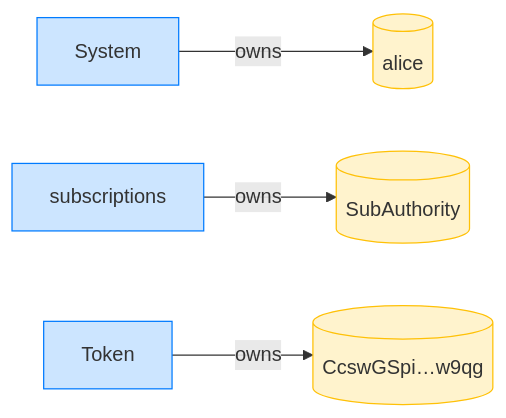
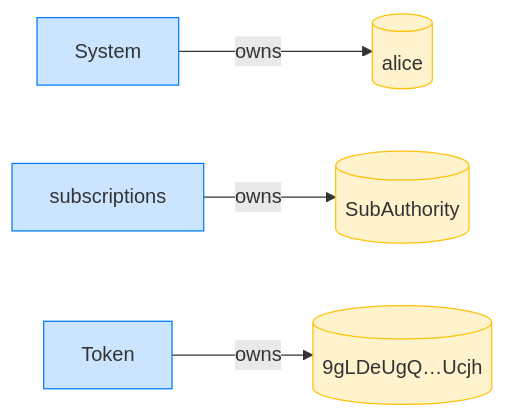
Before and after one commit to cds-rs/subscriptions: the fourth of 16 diagrams in dsl_tests/a-sponsor-cannot-revoke-with-the-wrong-plan-pda.md, drawn with Mermaid. The commit also changed other lines of this file and 224 other files, not shown here.

````diff
--- a/dsl_tests/a-sponsor-cannot-revoke-with-the-wrong-plan-pda.md
+++ b/dsl_tests/a-sponsor-cannot-revoke-with-the-wrong-plan-pda.md
@@ -73,14 +78,14 @@
 ```mermaid
 flowchart LR
     classDef owner fill:#cce5ff,stroke:#007bff;
     classDef account fill:#fff3cd,stroke:#ffc107;
     System[System]:::owner
     alice[(alice)]:::account
     subscriptions[subscriptions]:::owner
     SubAuthority[(SubAuthority)]:::account
     Token[Token]:::owner
-    CcswGSpi_w9qg[("CcswGSpi…w9qg")]:::account
+    9gLDeUgQ_Ucjh[("9gLDeUgQ…Ucjh")]:::account
     System -->|owns| alice
     subscriptions -->|owns| SubAuthority
-    Token -->|owns| CcswGSpi_w9qg
+    Token -->|owns| 9gLDeUgQ_Ucjh
 ```
````
